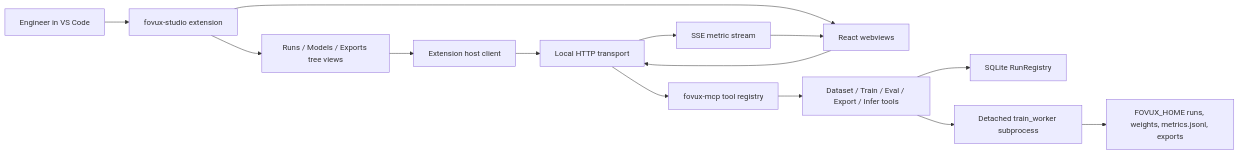
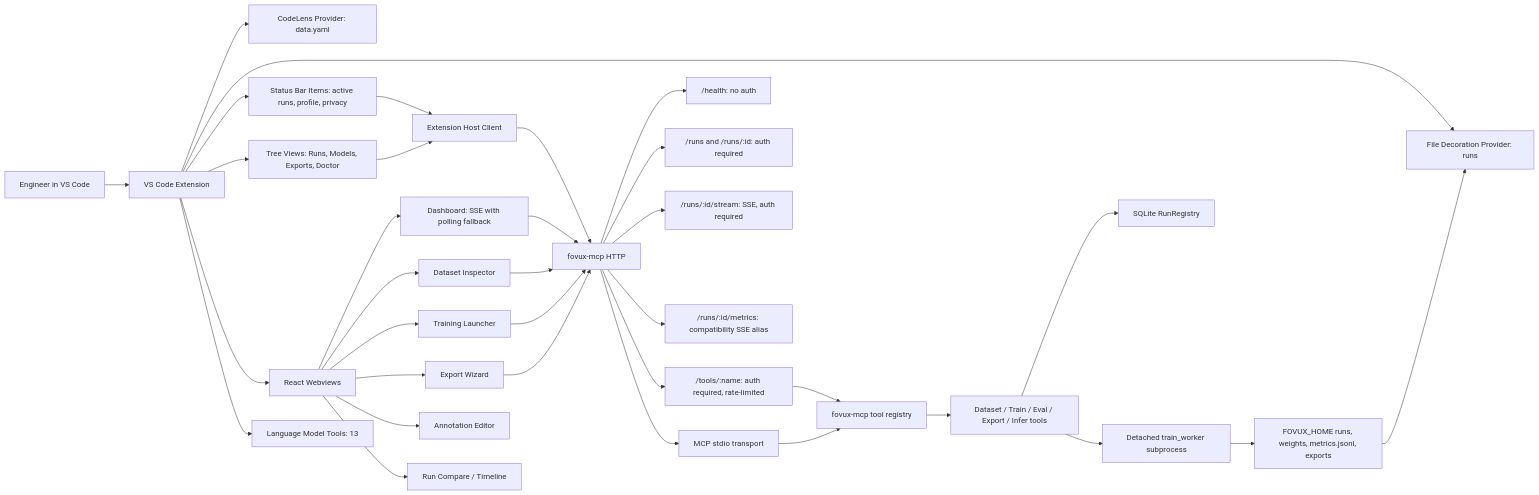
Before and after one commit to oaslananka/fovux: the diagram in docs/architecture.md, drawn with Mermaid. The commit also changed other lines of this file and 87 other files, not shown here.

````diff
--- a/docs/architecture.md
+++ b/docs/architecture.md
@@ -10,16 +10,36 @@
 ```mermaid
 flowchart LR
-  User["Engineer in VS Code"] --> Studio["fovux-studio extension"]
-  Studio --> Trees["Runs / Models / Exports tree views"]
-  Studio --> Webviews["React webviews"]
-  Webviews --> HTTP["Local HTTP transport"]
-  Trees --> Client["Extension host client"]
-  Client --> HTTP
-  HTTP --> MCP["fovux-mcp tool registry"]
+  User["Engineer in VS Code"] --> Studio["VS Code Extension"]
+  Studio --> CodeLens["CodeLens Provider: data.yaml"]
+  Studio --> Decorations["File Decoration Provider: runs"]
+  Studio --> Status["Status Bar Items: active runs, profile, privacy"]
+  Studio --> Trees["Tree Views: Runs, Models, Exports, Doctor"]
+  Studio --> Webviews["React Webviews"]
+  Studio --> LMTools["Language Model Tools: 13"]
+  Webviews --> Dashboard["Dashboard: SSE with polling fallback"]
+  Webviews --> DatasetInspector["Dataset Inspector"]
+  Webviews --> TrainingLauncher["Training Launcher"]
+  Webviews --> ExportWizard["Export Wizard"]
+  Webviews --> AnnotationEditor["Annotation Editor"]
+  Webviews --> Compare["Run Compare / Timeline"]
+  Trees --> Client["Extension Host Client"]
+  Status --> Client
+  Client --> HTTP["fovux-mcp HTTP"]
+  Dashboard --> HTTP
+  DatasetInspector --> HTTP
+  TrainingLauncher --> HTTP
+  ExportWizard --> HTTP
+  HTTP --> Health["/health: no auth"]
+  HTTP --> Runs["/runs and /runs/:id: auth required"]
+  HTTP --> Stream["/runs/:id/stream: SSE, auth required"]
+  HTTP --> MetricsAlias["/runs/:id/metrics: compatibility SSE alias"]
+  HTTP --> ToolsEndpoint["/tools/:name: auth required, rate-limited"]
+  HTTP --> Stdio["MCP stdio transport"]
+  ToolsEndpoint --> MCP["fovux-mcp tool registry"]
+  Stdio --> MCP
   MCP --> Tools["Dataset / Train / Eval / Export / Infer tools"]
   Tools --> Registry["SQLite RunRegistry"]
   Tools --> Worker["Detached train_worker subprocess"]
   Worker --> Artifacts["FOVUX_HOME runs, weights, metrics.jsonl, exports"]
-  HTTP --> SSE["SSE metric stream"]
-  SSE --> Webviews
+  Artifacts --> Decorations
 ```
````
